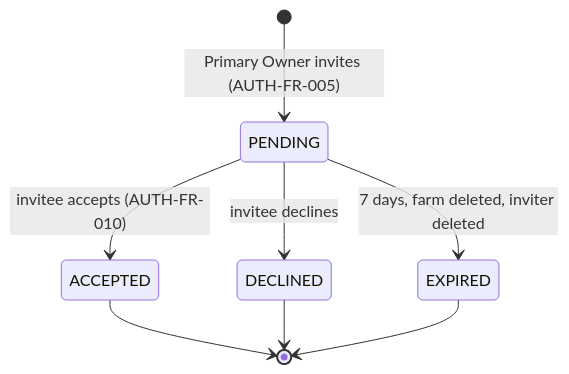
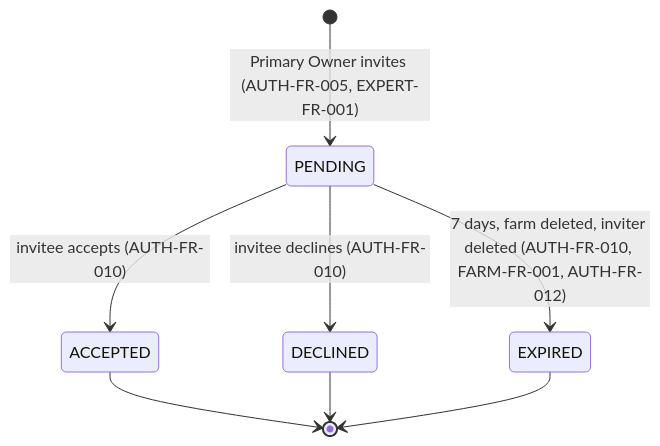
The eighth of 40 diagrams in docs/reports/report4-sdd.md (NBao261/SwiftletCare_KLTN), drawn with Mermaid before and after one commit. The commit also changed other lines of this file and 5 other files, not shown here.

````diff
--- a/docs/reports/report4-sdd.md
+++ b/docs/reports/report4-sdd.md
@@ -1077,10 +1083,10 @@
 ```mermaid
 stateDiagram-v2
-  [*] --> PENDING : Primary Owner invites (AUTH-FR-005)
+  [*] --> PENDING : Primary Owner invites (AUTH-FR-005, EXPERT-FR-001)
   PENDING --> ACCEPTED : invitee accepts (AUTH-FR-010)
-  PENDING --> DECLINED : invitee declines
-  PENDING --> EXPIRED : 7 days, farm deleted, inviter deleted
+  PENDING --> DECLINED : invitee declines (AUTH-FR-010)
+  PENDING --> EXPIRED : 7 days, farm deleted, inviter deleted (AUTH-FR-010, FARM-FR-001, AUTH-FR-012)
   ACCEPTED --> [*]
   DECLINED --> [*]
   EXPIRED --> [*]
 ```
````
